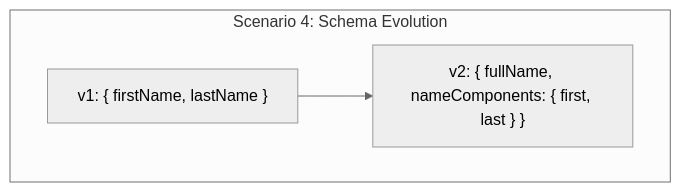
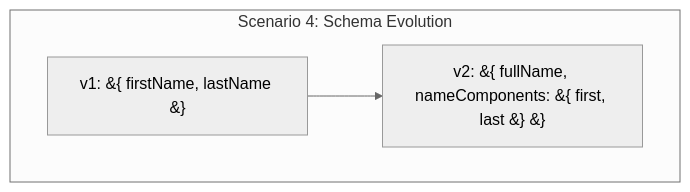
The tenth of 23 diagrams in software_architecture/15_data_integration_migration_microservices.md (vladiant/vladiant), drawn with Mermaid (neutral theme) before and after one commit. The commit also changed 4 other files, not shown here.

Commit message:
Fix mermaid diagram rendering

````diff
--- a/software_architecture/15_data_integration_migration_microservices.md
+++ b/software_architecture/15_data_integration_migration_microservices.md
@@ -244,6 +244,6 @@
 ```mermaid
 graph TB
     subgraph "Scenario 4: Schema Evolution"
-        OLD_SCHEMA["v1: { firstName, lastName }"] --> NEW_SCHEMA["v2: { fullName, nameComponents: { first, last } }"]
+        OLD_SCHEMA["v1: &#123; firstName, lastName &#125;"] --> NEW_SCHEMA["v2: &#123; fullName, nameComponents: &#123; first, last &#125; &#125;"]
     end
 ```
````
